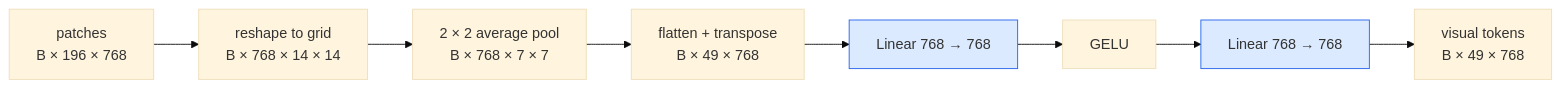
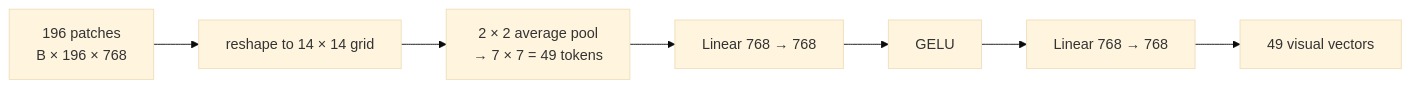
The ninth of 9 diagrams in experiment/connector.md (AsishKumarDalal/medicalvllm), drawn with Mermaid (base theme) before and after one commit. The commit also changed other lines of this file, not shown here.

Commit message:
Rewrite connector.md: simple Mermaid-first explanation, kept detailed spec

````diff
--- a/experiment/connector.md
+++ b/experiment/connector.md
@@ -309,13 +327,5 @@
 ```mermaid
 flowchart LR
-    P["patches<br/>B × 196 × 768"] --> R["reshape to grid<br/>B × 768 × 14 × 14"]
-    R --> AP["2 × 2 average pool<br/>B × 768 × 7 × 7"]
-    AP --> FL["flatten + transpose<br/>B × 49 × 768"]
-    FL --> L1["Linear 768 → 768"]
-    L1 --> G["GELU"]
-    G --> L2["Linear 768 → 768"]
-    L2 --> O["visual tokens<br/>B × 49 × 768"]
-
-    classDef train fill:#dbeafe,stroke:#2563eb
-    class L1,L2 train
+    P["196 patches<br/>B × 196 × 768"] --> R["reshape to 14 × 14 grid"] --> AP["2 × 2 average pool<br/>→ 7 × 7 = 49 tokens"]
+    AP --> L1["Linear 768 → 768"] --> G["GELU"] --> L2["Linear 768 → 768"] --> O["49 visual vectors"]
 ```
````
